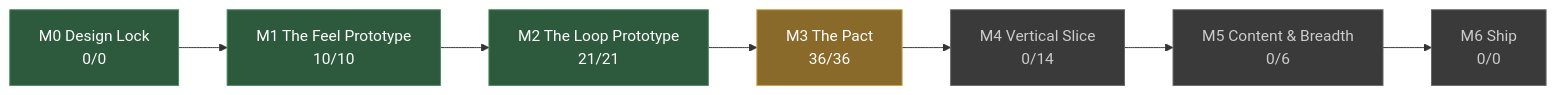
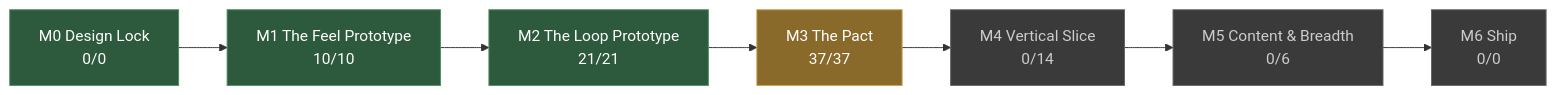
Before and after one commit to JoshuaGessner/she: the diagram in docs/STATUS.md, drawn with Mermaid. The commit also changed other lines of this file and 7 other files, not shown here.

````diff
--- a/docs/STATUS.md
+++ b/docs/STATUS.md
@@ -13,19 +13,19 @@
 ```mermaid
 flowchart LR
   M0["M0 Design Lock<br/>0/0"]:::passed
   M1["M1 The Feel Prototype<br/>10/10"]:::passed
   M0 --> M1
   M2["M2 The Loop Prototype<br/>21/21"]:::passed
   M1 --> M2
-  M3["M3 The Pact<br/>36/36"]:::current
+  M3["M3 The Pact<br/>37/37"]:::current
   M2 --> M3
   M4["M4 Vertical Slice<br/>0/14"]:::ahead
   M3 --> M4
   M5["M5 Content & Breadth<br/>0/6"]:::ahead
   M4 --> M5
   M6["M6 Ship<br/>0/0"]:::ahead
   M5 --> M6
   classDef passed fill:#2d5a3d,stroke:#4a8a5f,color:#fff
   classDef current fill:#8a6a2a,stroke:#c8a04a,color:#fff
   classDef ahead fill:#3a3a3a,stroke:#666,color:#ccc
 ```
````
